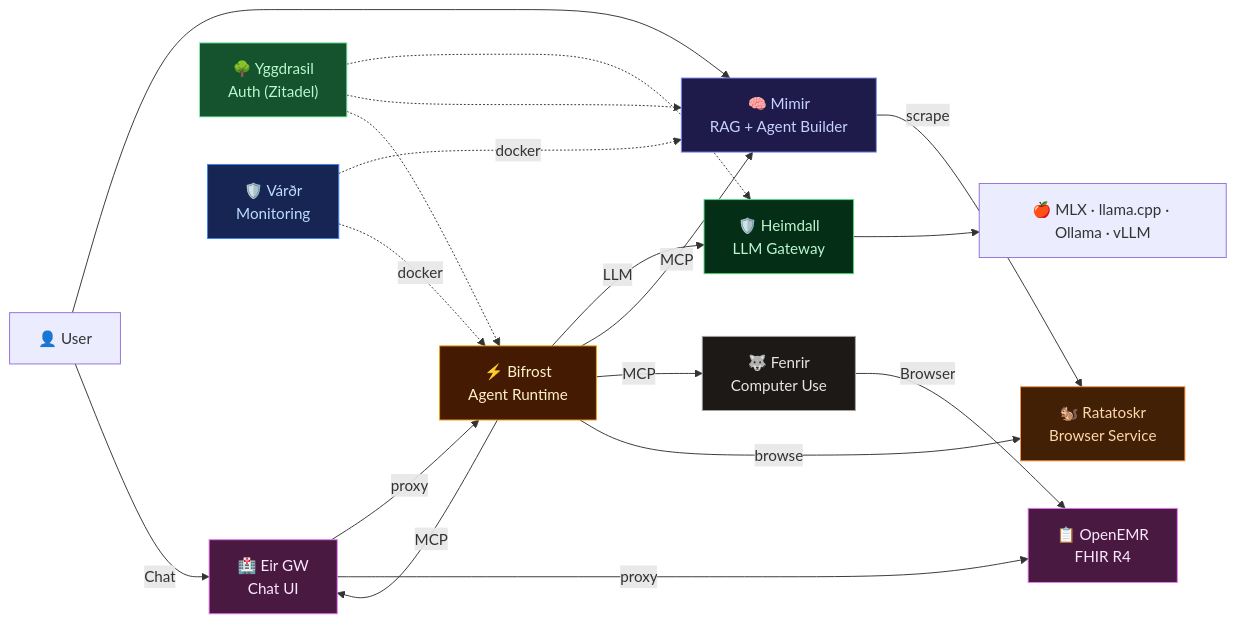
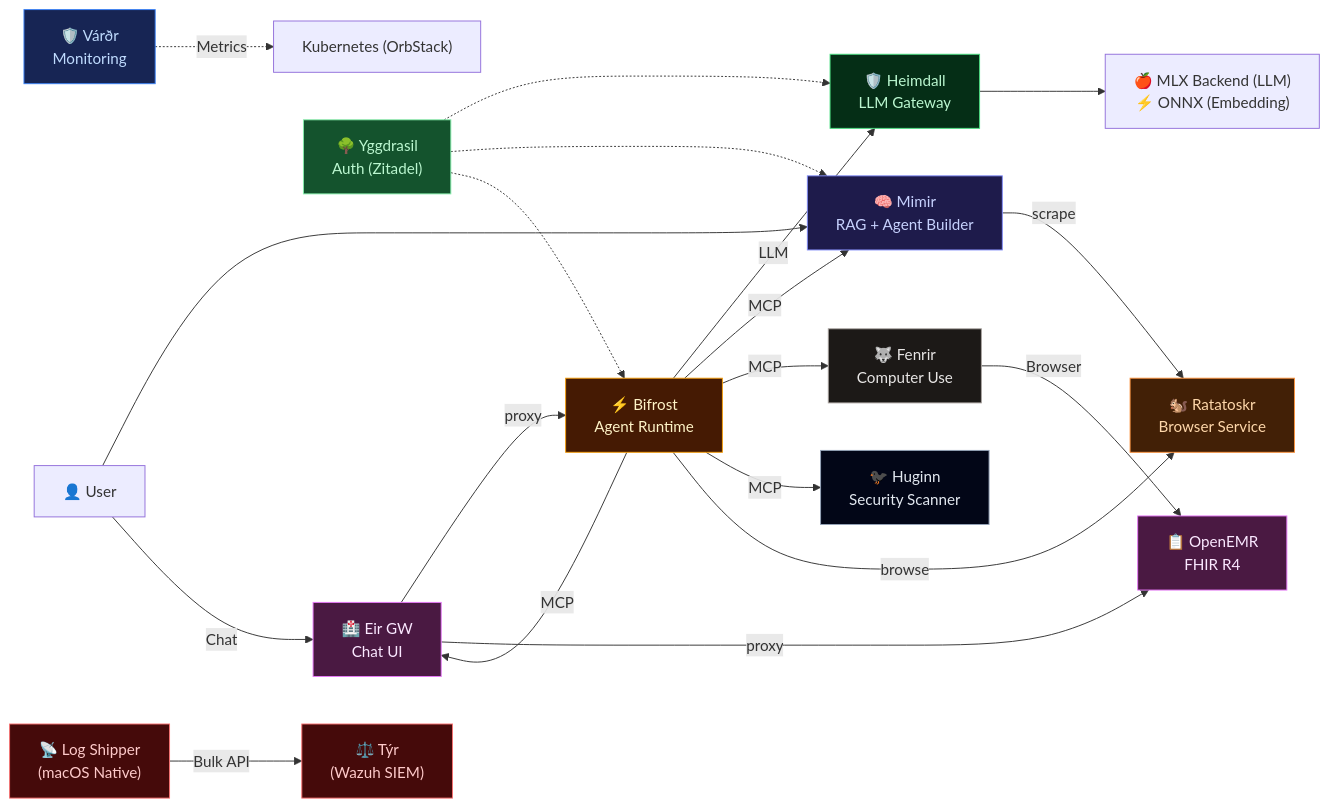
Before and after one commit to MegaWiz-Dev-Team/Asgard: the diagram in README.md, drawn with Mermaid. The commit also changed other lines of this file and 22 other files, not shown here.

````diff
--- a/README.md
+++ b/README.md
@@ -17,36 +17,40 @@
 ```mermaid
 graph LR
     User["👤 User"] --> Mimir["🧠 Mimir<br/>RAG + Agent Builder"]
     User --> |"Chat"| EirGW["🏥 Eir GW<br/>Chat UI"]
 
     EirGW --> |"proxy"| Bifrost["⚡ Bifrost<br/>Agent Runtime"]
     Bifrost --> |"LLM"| Heimdall["🛡️ Heimdall<br/>LLM Gateway"]
     Bifrost --> |"MCP"| Mimir
     Bifrost --> |"MCP"| Fenrir["🐺 Fenrir<br/>Computer Use"]
     Bifrost --> |"MCP"| EirGW
+    Bifrost --> |"MCP"| Huginn["🐦‍⬛ Huginn<br/>Security Scanner"]
 
     Mimir --> |"scrape"| Ratatoskr["🐿️ Ratatoskr<br/>Browser Service"]
     Bifrost --> |"browse"| Ratatoskr
 
     EirGW --> |"proxy"| Eir["📋 OpenEMR<br/>FHIR R4"]
     Fenrir --> |"Browser"| Eir
 
-    Heimdall --> LLM["🍎 MLX · llama.cpp · Ollama · vLLM"]
+    Heimdall --> LLM["🍎 MLX Backend (LLM)<br/>⚡ ONNX (Embedding)"]
 
     Yggdrasil["🌳 Yggdrasil<br/>Auth (Zitadel)"] -.-> Heimdall
     Yggdrasil -.-> Mimir
     Yggdrasil -.-> Bifrost
 
-    Vardr["🛡️ Várðr<br/>Monitoring"] -.-> |"docker"| Mimir
-    Vardr -.-> |"docker"| Bifrost
+    Vardr["🛡️ Várðr<br/>Monitoring"] -.-> |"Metrics"| K3s["Kubernetes (OrbStack)"]
+    LogShipper["📡 Log Shipper<br/>(macOS Native)"] --> |"Bulk API"| Tyr["⚖️ Týr<br/>(Wazuh SIEM)"]
 
     style Mimir fill:#1e1b4b,stroke:#818cf8,color:#c7d2fe
     style Bifrost fill:#451a03,stroke:#f59e0b,color:#fef3c7
     style Heimdall fill:#052e16,stroke:#4ade80,color:#bbf7d0
     style Fenrir fill:#1c1917,stroke:#a8a29e,color:#e7e5e4
     style Ratatoskr fill:#422006,stroke:#fb923c,color:#fed7aa
     style Eir fill:#4a1942,stroke:#e879f9,color:#fae8ff
     style EirGW fill:#4a1942,stroke:#e879f9,color:#fae8ff
     style Yggdrasil fill:#14532d,stroke:#86efac,color:#bbf7d0
     style Vardr fill:#172554,stroke:#3b82f6,color:#bfdbfe
+    style Huginn fill:#020617,stroke:#94a3b8,color:#e2e8f0
+    style Tyr fill:#450a0a,stroke:#f87171,color:#fecaca
+    style LogShipper fill:#450a0a,stroke:#f87171,color:#fecaca
 ```
````
